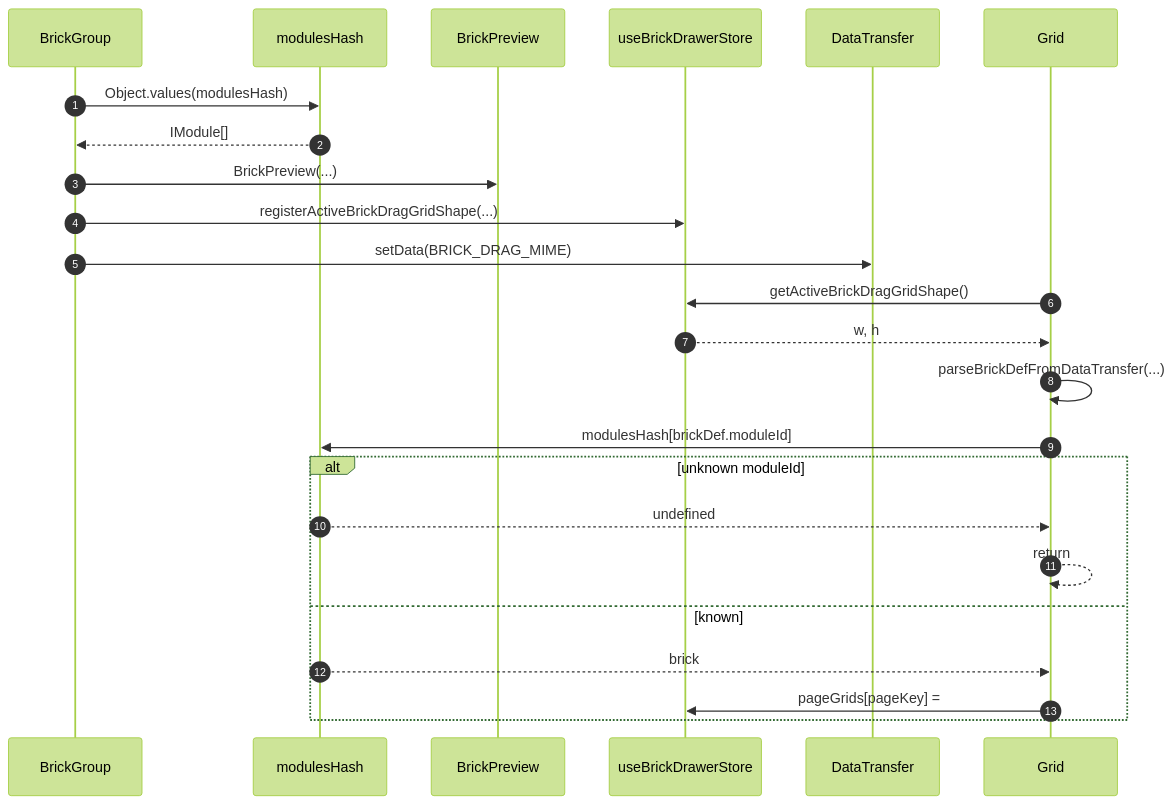
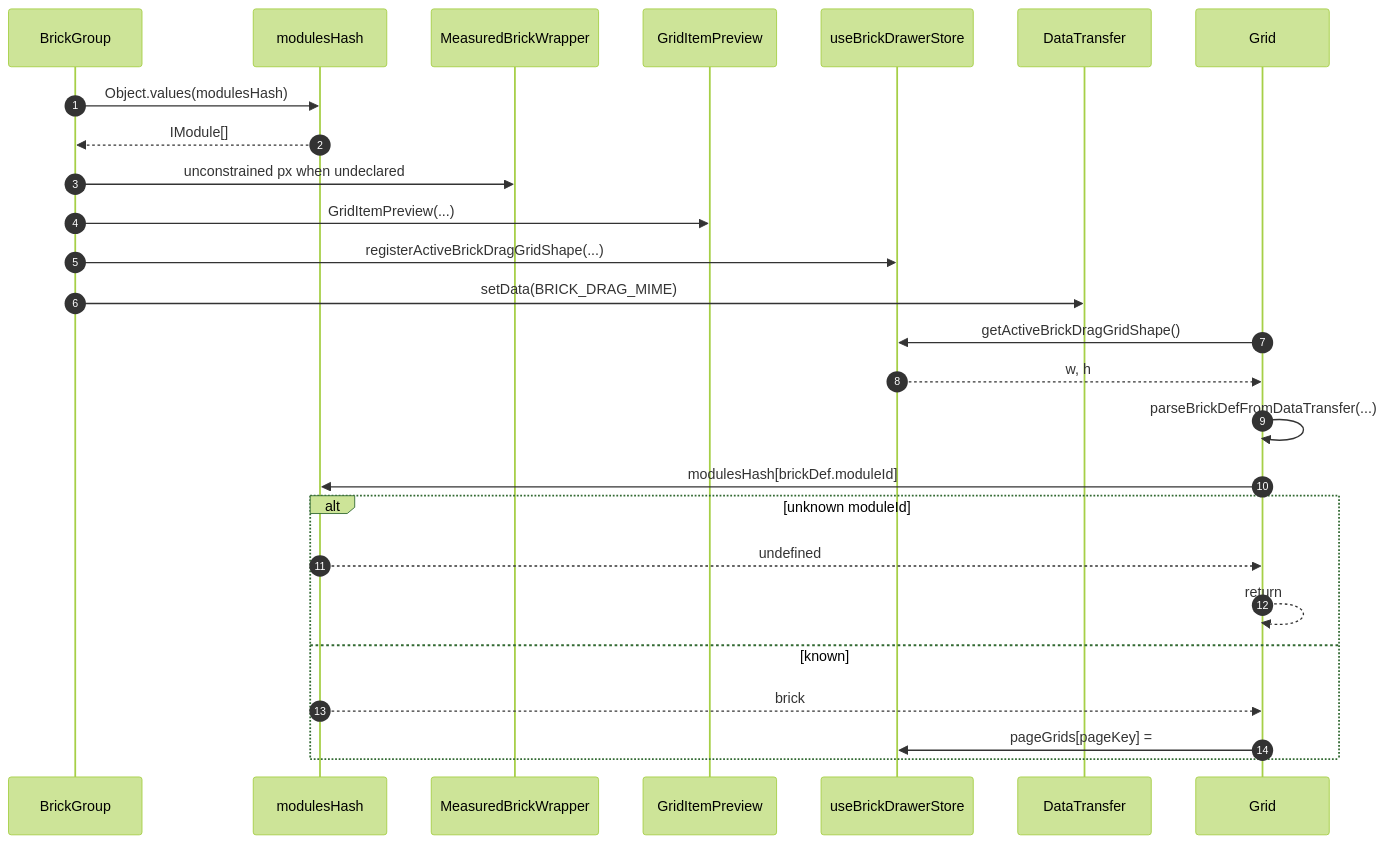
The diagram in wiki/architecture/browser/SiteEditorBrickDrop.md (morgs32/qrk.sh), drawn with Mermaid (forest theme) before and after one commit. The commit also changed other lines of this file and 116 other files, not shown here.

````diff
--- a/wiki/architecture/browser/SiteEditorBrickDrop.md
+++ b/wiki/architecture/browser/SiteEditorBrickDrop.md
@@ -31,39 +32,42 @@
 ```mermaid
 sequenceDiagram
   participant BrickGroup
   participant modulesHash
-  participant BrickPreview
+  participant MeasuredBrickWrapper
+  participant GridItemPreview
   participant useBrickDrawerStore
   participant DataTransfer
   participant Grid
 
   autonumber 1
   BrickGroup->>modulesHash: Object.values(modulesHash)
   autonumber 2
   modulesHash-->>BrickGroup: IModule[]
   autonumber 3
-  BrickGroup->>BrickPreview: BrickPreview(...)
+  BrickGroup->>MeasuredBrickWrapper: unconstrained px when undeclared
   autonumber 4
+  BrickGroup->>GridItemPreview: GridItemPreview(...)
+  autonumber 5
   BrickGroup->>useBrickDrawerStore: registerActiveBrickDragGridShape(...)
-  autonumber 5
+  autonumber 6
   BrickGroup->>DataTransfer: setData(BRICK_DRAG_MIME)
-  autonumber 6
+  autonumber 7
   Grid->>useBrickDrawerStore: getActiveBrickDragGridShape()
-  autonumber 7
+  autonumber 8
   useBrickDrawerStore-->>Grid: w, h
-  autonumber 8
+  autonumber 9
   Grid->>Grid: parseBrickDefFromDataTransfer(...)
-  autonumber 9
+  autonumber 10
   Grid->>modulesHash: modulesHash[brickDef.moduleId]
   alt unknown moduleId
-    autonumber 10
+    autonumber 11
     modulesHash-->>Grid: undefined
-    autonumber 11
+    autonumber 12
     Grid-->>Grid: return
   else known
-    autonumber 12
+    autonumber 13
     modulesHash-->>Grid: brick
-    autonumber 13
+    autonumber 14
     Grid->>useBrickDrawerStore: pageGrids[pageKey] =
   end
 ```
````
